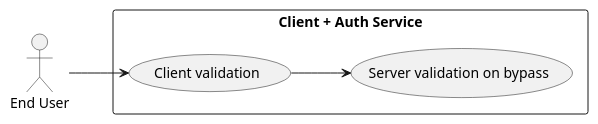
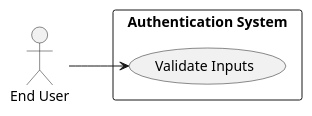
One commit to Hadiya-Kanini/Demo changed the third of 9 diagrams in .propel/context/docs/spec.md. Above: the diagram before and after it, drawn with PlantUML. The commit also changed other lines of this file, not shown here.

````diff
--- a/.propel/context/docs/spec.md
+++ b/.propel/context/docs/spec.md
@@ -241,15 +213,12 @@
 ```plantuml
 @startuml
 left to right direction
 skinparam packageStyle rectangle
 
-actor "End User" as EndUser
-rectangle "Client + Auth Service" {
-  usecase (Client validation) as UC1
-  usecase (Server validation on bypass) as UC2
+actor "End User" as User
+rectangle "Authentication System" {
+  usecase (Validate Inputs) as UC3
 }
-
-EndUser --> UC1
-UC1 --> UC2
+User --> UC3
 @enduml
 ```
````
